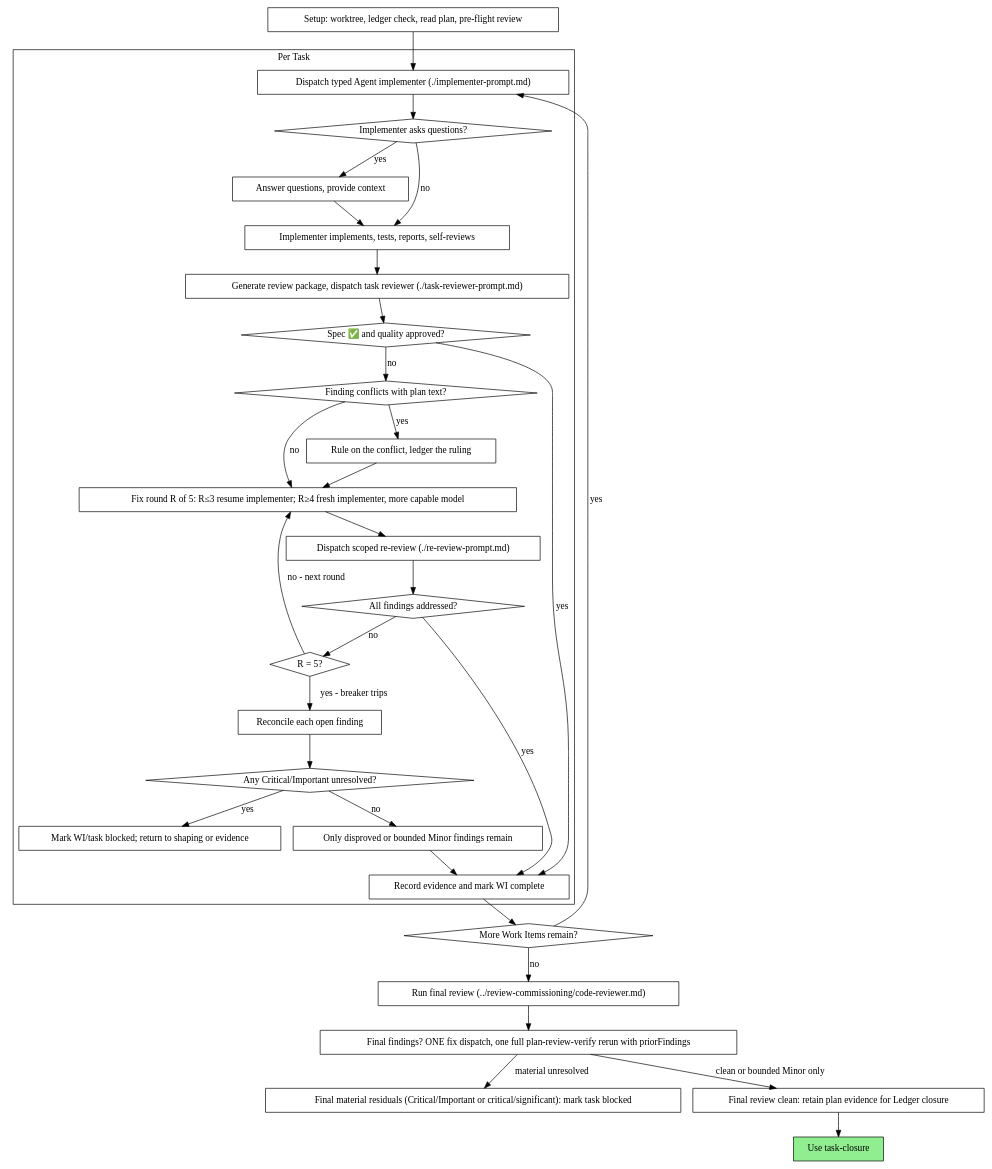
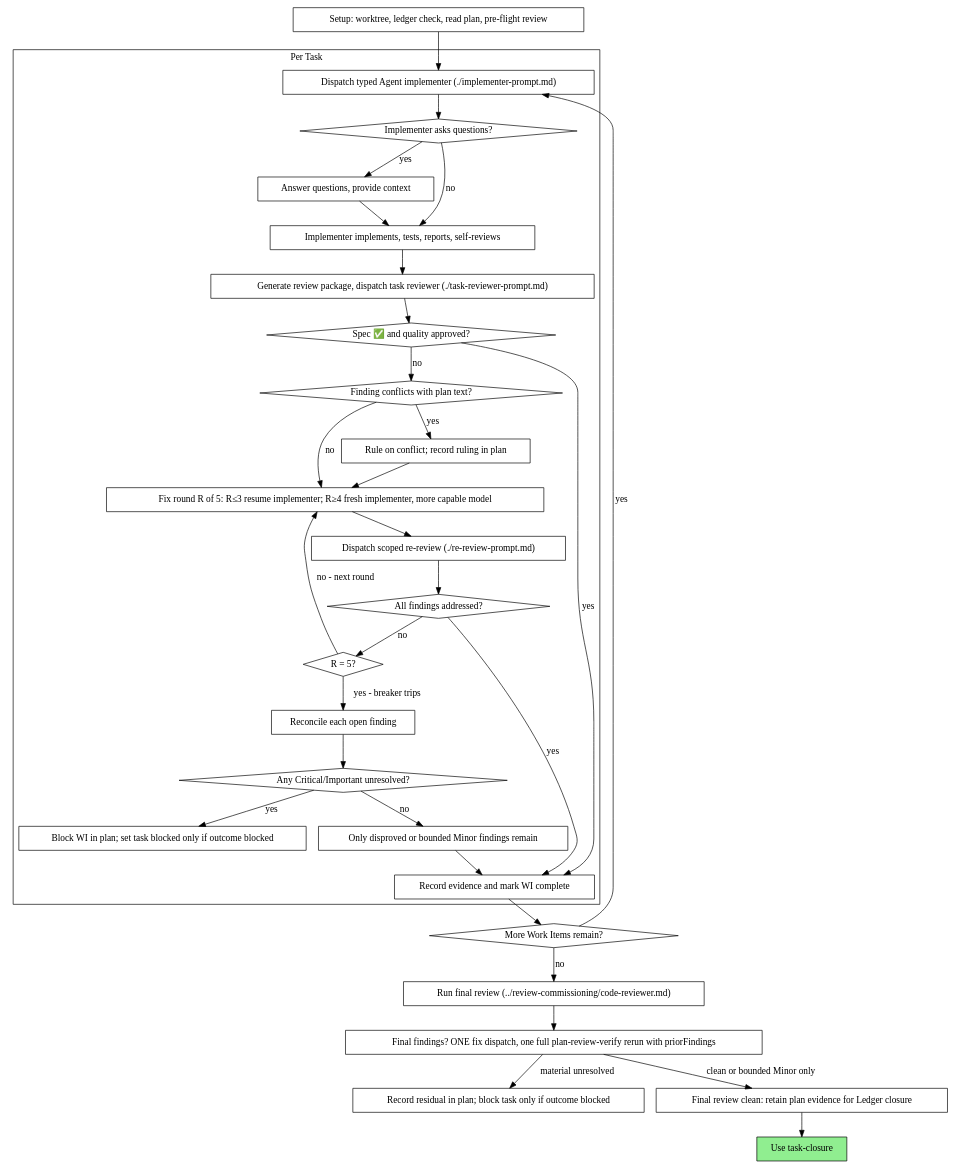
The second of 2 diagrams in skills/work-item-orchestration/SKILL.md (z3z1ma/apple-pi), drawn with Graphviz before and after one commit. The commit also changed other lines of this file and 30 other files, not shown here.

Commit message:
Redesign Ledger artifact model

````diff
--- a/skills/work-item-orchestration/SKILL.md
+++ b/skills/work-item-orchestration/SKILL.md
@@ -54,64 +54,64 @@
 ```dot
 digraph process {
     rankdir=TB;
 
     subgraph cluster_per_task {
         label="Per Task";
         "Dispatch typed Agent implementer (./implementer-prompt.md)" [shape=box];
         "Implementer asks questions?" [shape=diamond];
         "Answer questions, provide context" [shape=box];
         "Implementer implements, tests, reports, self-reviews" [shape=box];
         "Generate review package, dispatch task reviewer (./task-reviewer-prompt.md)" [shape=box];
         "Spec ✅ and quality approved?" [shape=diamond];
         "Finding conflicts with plan text?" [shape=diamond];
-        "Rule on the conflict, ledger the ruling" [shape=box];
+        "Rule on conflict; record ruling in plan" [shape=box];
         "Fix round R of 5: R≤3 resume implementer; R≥4 fresh implementer, more capable model" [shape=box];
         "Dispatch scoped re-review (./re-review-prompt.md)" [shape=box];
         "All findings addressed?" [shape=diamond];
         "R = 5?" [shape=diamond];
         "Reconcile each open finding" [shape=box];
         "Any Critical/Important unresolved?" [shape=diamond];
-        "Mark WI/task blocked; return to shaping or evidence" [shape=box];
+        "Block WI in plan; set task blocked only if outcome blocked" [shape=box];
         "Only disproved or bounded Minor findings remain" [shape=box];
         "Record evidence and mark WI complete" [shape=box];
     }
 
     "Setup: worktree, ledger check, read plan, pre-flight review" [shape=box];
     "More Work Items remain?" [shape=diamond];
     "Run final review (../review-commissioning/code-reviewer.md)" [shape=box];
     "Final findings? ONE fix dispatch, one full plan-review-verify rerun with priorFindings" [shape=box];
-    "Final material residuals (Critical/Important or critical/significant): mark task blocked" [shape=box];
+    "Record residual in plan; block task only if outcome blocked" [shape=box];
     "Final review clean: retain plan evidence for Ledger closure" [shape=box];
     "Use task-closure" [shape=box style=filled fillcolor=lightgreen];
 
     "Setup: worktree, ledger check, read plan, pre-flight review" -> "Dispatch typed Agent implementer (./implementer-prompt.md)";
     "Dispatch typed Agent implementer (./implementer-prompt.md)" -> "Implementer asks questions?";
     "Implementer asks questions?" -> "Answer questions, provide context" [label="yes"];
     "Answer questions, provide context" -> "Implementer implements, tests, reports, self-reviews";
     "Implementer asks questions?" -> "Implementer implements, tests, reports, self-reviews" [label="no"];
     "Implementer implements, tests, reports, self-reviews" -> "Generate review package, dispatch task reviewer (./task-reviewer-prompt.md)";
     "Generate review package, dispatch task reviewer (./task-reviewer-prompt.md)" -> "Spec ✅ and quality approved?";
     "Spec ✅ and quality approved?" -> "Record evidence and mark WI complete" [label="yes"];
     "Spec ✅ and quality approved?" -> "Finding conflicts with plan text?" [label="no"];
-    "Finding conflicts with plan text?" -> "Rule on the conflict, ledger the ruling" [label="yes"];
-    "Rule on the conflict, ledger the ruling" -> "Fix round R of 5: R≤3 resume implementer; R≥4 fresh implementer, more capable model";
+    "Finding conflicts with plan text?" -> "Rule on conflict; record ruling in plan" [label="yes"];
+    "Rule on conflict; record ruling in plan" -> "Fix round R of 5: R≤3 resume implementer; R≥4 fresh implementer, more capable model";
     "Finding conflicts with plan text?" -> "Fix round R of 5: R≤3 resume implementer; R≥4 fresh implementer, more capable model" [label="no"];
     "Fix round R of 5: R≤3 resume implementer; R≥4 fresh implementer, more capable model" -> "Dispatch scoped re-review (./re-review-prompt.md)";
     "Dispatch scoped re-review (./re-review-prompt.md)" -> "All findings addressed?";
     "All findings addressed?" -> "Record evidence and mark WI complete" [label="yes"];
     "All findings addressed?" -> "R = 5?" [label="no"];
     "R = 5?" -> "Fix round R of 5: R≤3 resume implementer; R≥4 fresh implementer, more capable model" [label="no - next round"];
     "R = 5?" -> "Reconcile each open finding" [label="yes - breaker trips"];
     "Reconcile each open finding" -> "Any Critical/Important unresolved?";
-    "Any Critical/Important unresolved?" -> "Mark WI/task blocked; return to shaping or evidence" [label="yes"];
+    "Any Critical/Important unresolved?" -> "Block WI in plan; set task blocked only if outcome blocked" [label="yes"];
     "Any Critical/Important unresolved?" -> "Only disproved or bounded Minor findings remain" [label="no"];
     "Only disproved or bounded Minor findings remain" -> "Record evidence and mark WI complete";
     "Record evidence and mark WI complete" -> "More Work Items remain?";
     "More Work Items remain?" -> "Dispatch typed Agent implementer (./implementer-prompt.md)" [label="yes"];
     "More Work Items remain?" -> "Run final review (../review-commissioning/code-reviewer.md)" [label="no"];
     "Run final review (../review-commissioning/code-reviewer.md)" -> "Final findings? ONE fix dispatch, one full plan-review-verify rerun with priorFindings";
-    "Final findings? ONE fix dispatch, one full plan-review-verify rerun with priorFindings" -> "Final material residuals (Critical/Important or critical/significant): mark task blocked" [label="material unresolved"];
+    "Final findings? ONE fix dispatch, one full plan-review-verify rerun with priorFindings" -> "Record residual in plan; block task only if outcome blocked" [label="material unresolved"];
     "Final findings? ONE fix dispatch, one full plan-review-verify rerun with priorFindings" -> "Final review clean: retain plan evidence for Ledger closure" [label="clean or bounded Minor only"];
     "Final review clean: retain plan evidence for Ledger closure" -> "Use task-closure";
 }
 ```
````
